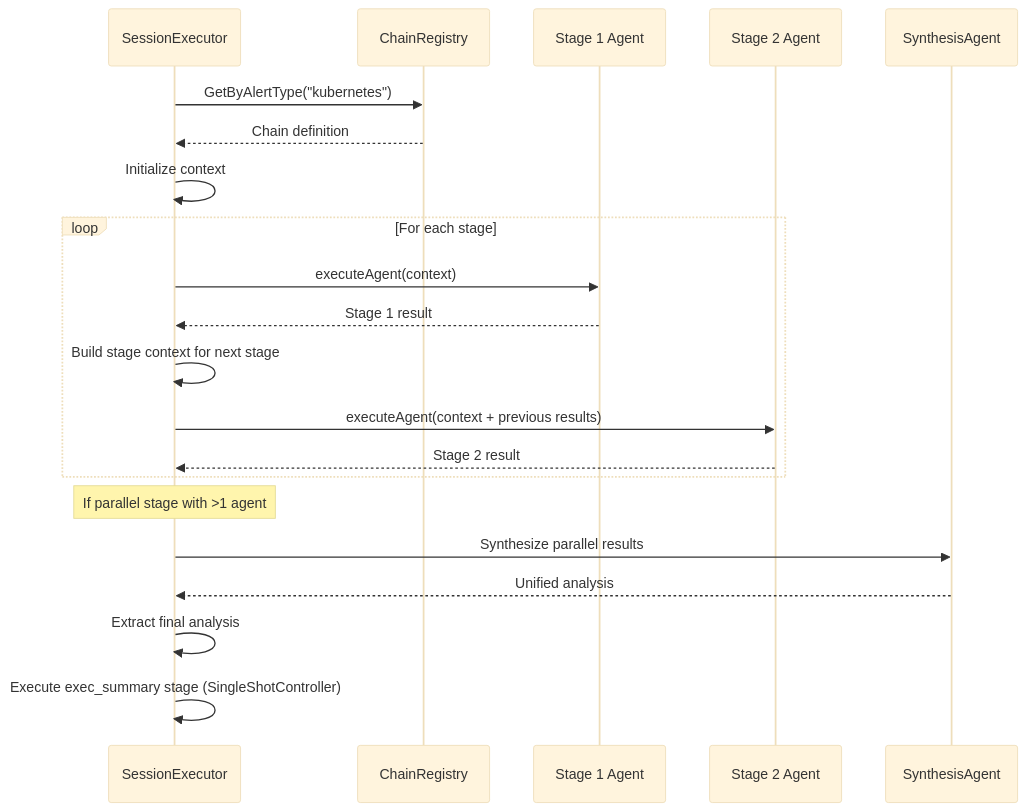
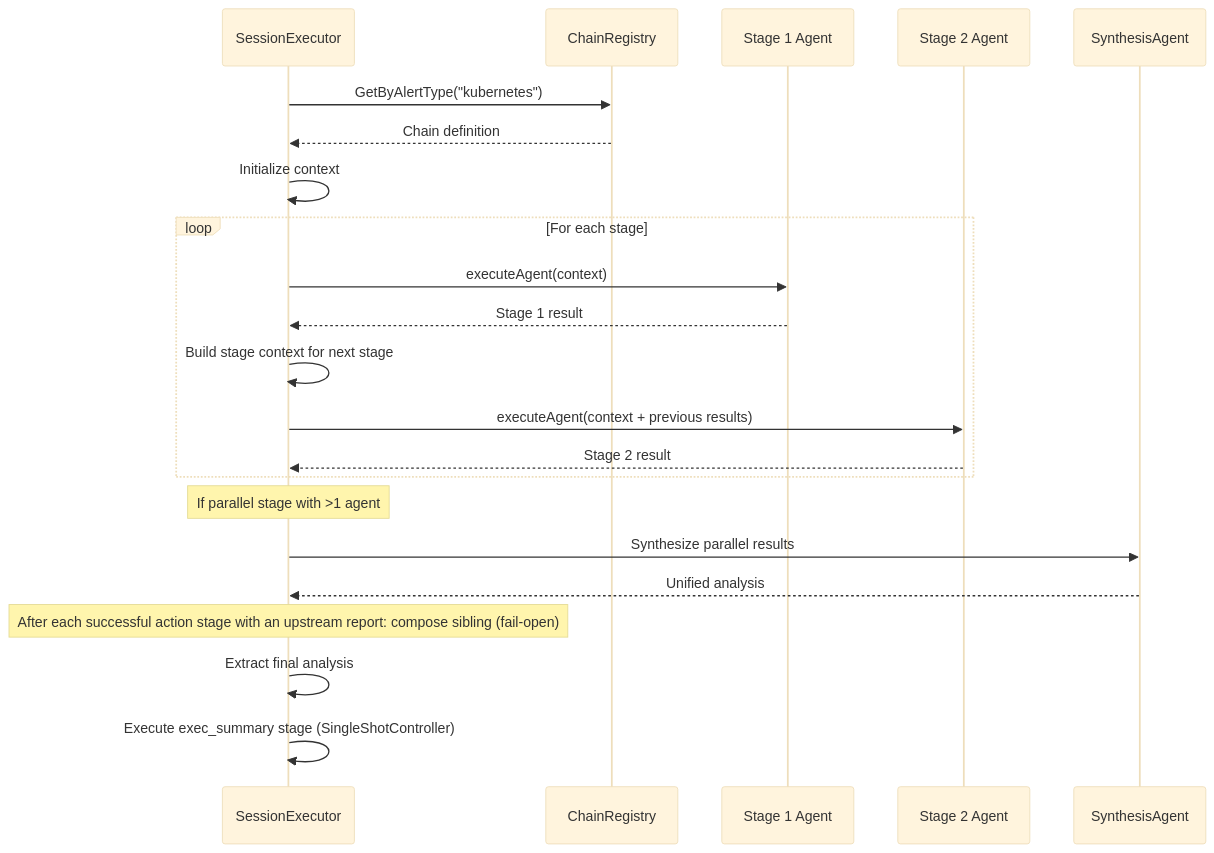
Before and after one commit to codeready-toolchain/tarsy: the third of 10 diagrams in docs/functional-areas-design.md, drawn with Mermaid (base theme). The commit also changed other lines of this file and 6 other files, not shown here.

````diff
--- a/docs/functional-areas-design.md
+++ b/docs/functional-areas-design.md
@@ -257,27 +258,28 @@
 ```mermaid
 sequenceDiagram
     participant E as SessionExecutor
     participant CR as ChainRegistry
     participant A1 as Stage 1 Agent
     participant A2 as Stage 2 Agent
     participant S as SynthesisAgent
 
     E->>CR: GetByAlertType("kubernetes")
     CR-->>E: Chain definition
     E->>E: Initialize context
 
     loop For each stage
         E->>A1: executeAgent(context)
         A1-->>E: Stage 1 result
         E->>E: Build stage context for next stage
         E->>A2: executeAgent(context + previous results)
         A2-->>E: Stage 2 result
     end
 
     Note over E: If parallel stage with >1 agent
     E->>S: Synthesize parallel results
     S-->>E: Unified analysis
 
+    Note over E: After each successful action stage with an upstream report: compose sibling (fail-open)
     E->>E: Extract final analysis
     E->>E: Execute exec_summary stage (SingleShotController)
 ```
````
